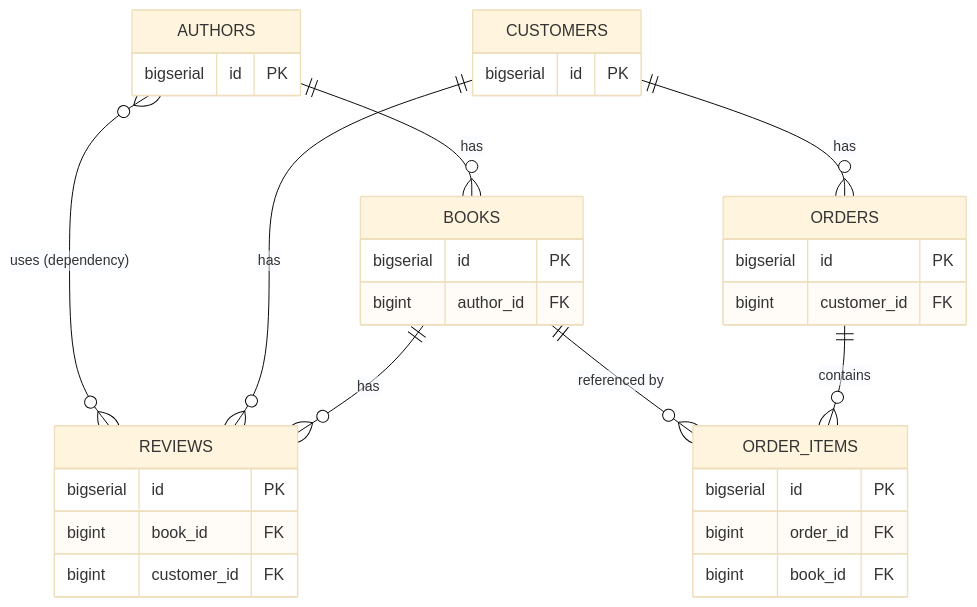
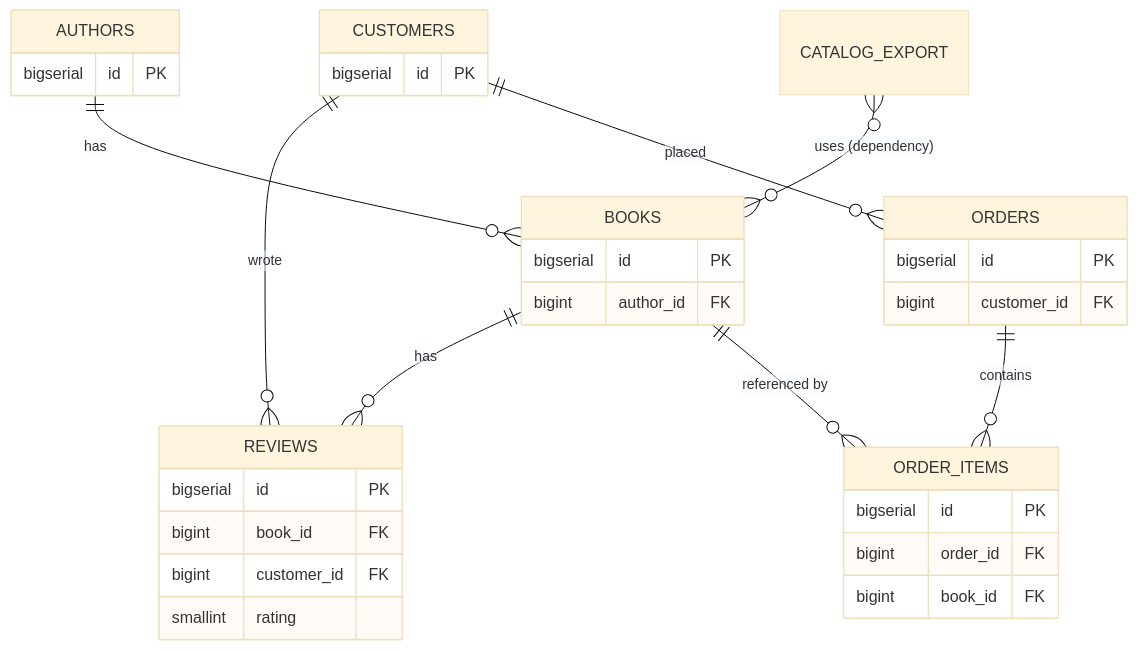
The diagram in docs/walkthroughs/11-trace-a-path-between-tables.md (zemarsil/DatabaseVisualizer), drawn with Mermaid (base theme) before and after one commit. The commit also changed other lines of this file and 43 other files, not shown here.

````diff
--- a/docs/walkthroughs/11-trace-a-path-between-tables.md
+++ b/docs/walkthroughs/11-trace-a-path-between-tables.md
@@ -41,34 +48,35 @@
 ```mermaid
 erDiagram
     AUTHORS ||--o{ BOOKS : "has"
     BOOKS ||--o{ REVIEWS : "has"
-    CUSTOMERS ||--o{ REVIEWS : "has"
-    CUSTOMERS ||--o{ ORDERS : "has"
+    CUSTOMERS ||--o{ REVIEWS : "wrote"
+    CUSTOMERS ||--o{ ORDERS : "placed"
     ORDERS ||--o{ ORDER_ITEMS : "contains"
     BOOKS ||--o{ ORDER_ITEMS : "referenced by"
-    AUTHORS }o--o{ REVIEWS : "uses (dependency)"
+    CATALOG_EXPORT }o--o{ BOOKS : "uses (dependency)"
     AUTHORS {
         bigserial id PK
     }
     BOOKS {
         bigserial id PK
         bigint author_id FK
     }
     REVIEWS {
         bigserial id PK
         bigint book_id FK
         bigint customer_id FK
+        smallint rating
     }
     CUSTOMERS {
         bigserial id PK
     }
     ORDERS {
         bigserial id PK
         bigint customer_id FK
     }
     ORDER_ITEMS {
         bigserial id PK
         bigint order_id FK
         bigint book_id FK
     }
 ```
````
